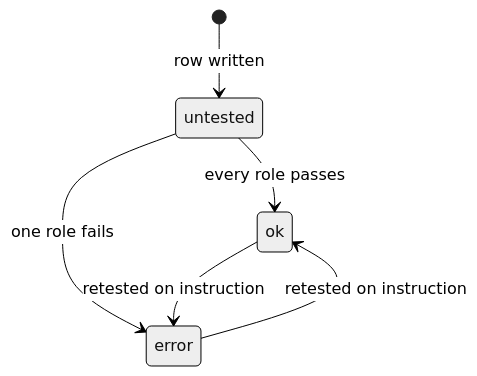
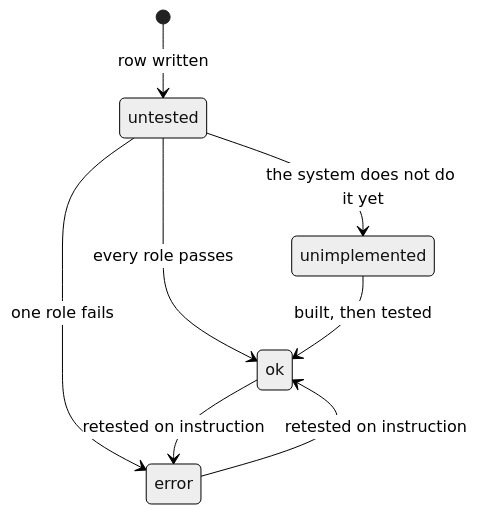
One commit to pdcgo/warehouse_revamp changed the second of 2 diagrams in docs/acceptances/guide.md. Above: the diagram before and after it, drawn with Mermaid (neutral theme). The commit also changed other lines of this file and 3 other files, not shown here.

````diff
--- a/docs/acceptances/guide.md
+++ b/docs/acceptances/guide.md
@@ -29,8 +29,10 @@
 ```mermaid
 stateDiagram-v2
   [*] --> untested: row written
   untested --> ok: every role passes
   untested --> error: one role fails
+  untested --> unimplemented: the system does not do it yet
+  unimplemented --> ok: built, then tested
   error --> ok: retested on instruction
   ok --> error: retested on instruction
 ```
````
